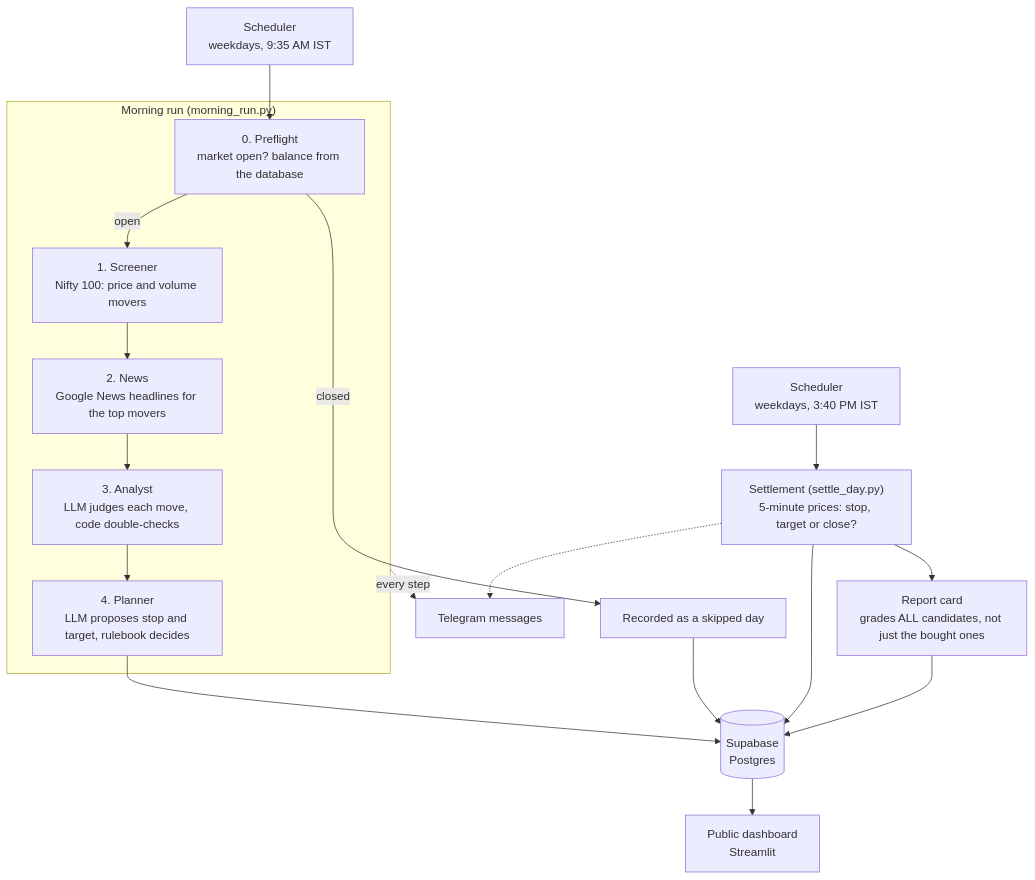
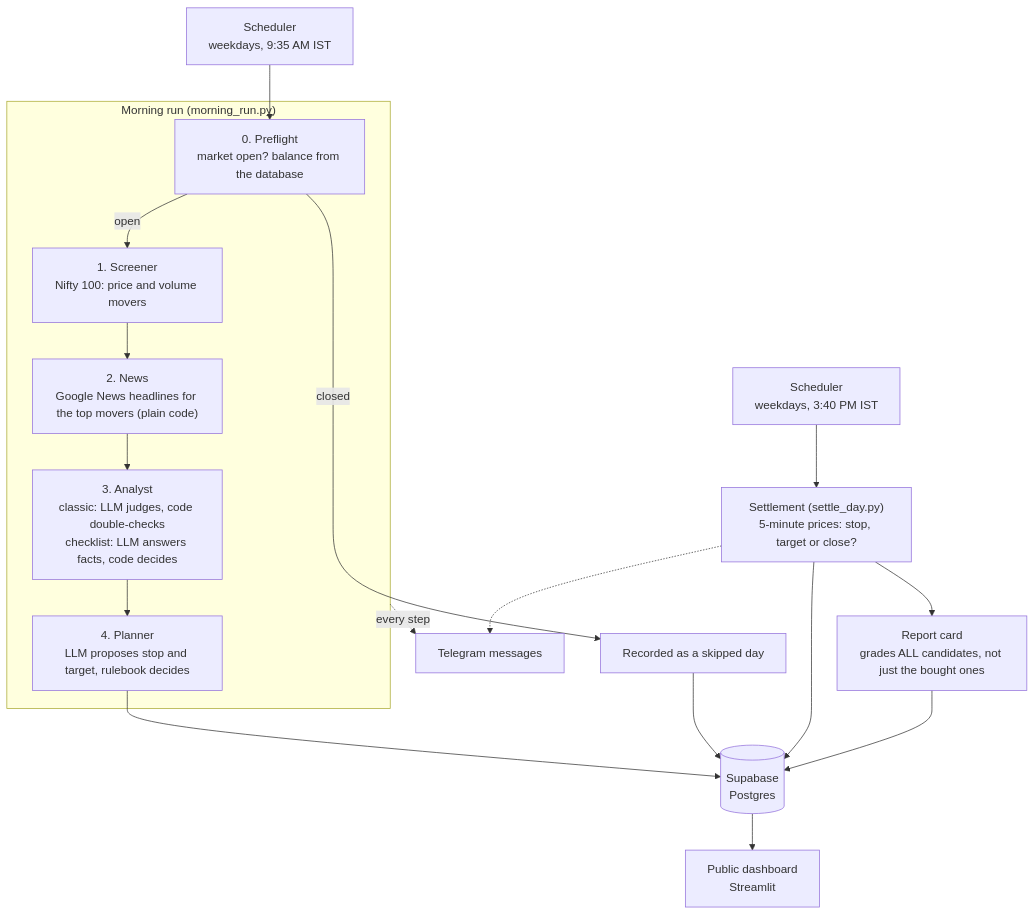
Before and after one commit to beepd/langraph_day_trader: the diagram in README.md, drawn with Mermaid. The commit also changed other lines of this file, not shown here.

Commit message:
update README to clarify analyst functionality; differentiate between classic and checklist modes for LLM decision-making

````diff
--- a/README.md
+++ b/README.md
@@ -48,20 +48,20 @@
 ```mermaid
 flowchart TD
     S["Scheduler<br/>weekdays, 9:35 AM IST"] --> P0
     subgraph MORNING["Morning run (morning_run.py)"]
         P0["0. Preflight<br/>market open? balance from the database"] -->|open| P1["1. Screener<br/>Nifty 100: price and volume movers"]
-        P1 --> P2["2. News<br/>Google News headlines for the top movers"]
-        P2 --> P3["3. Analyst<br/>LLM judges each move, code double-checks"]
+        P1 --> P2["2. News<br/>Google News headlines for the top movers (plain code)"]
+        P2 --> P3["3. Analyst<br/>classic: LLM judges, code double-checks<br/>checklist: LLM answers facts, code decides"]
         P3 --> P4["4. Planner<br/>LLM proposes stop and target, rulebook decides"]
     end
     P0 -->|closed| SKIP["Recorded as a skipped day"]
     P4 --> DB[("Supabase<br/>Postgres")]
     SKIP --> DB
     S2["Scheduler<br/>weekdays, 3:40 PM IST"] --> SET["Settlement (settle_day.py)<br/>5-minute prices: stop, target or close?"]
     SET --> RC["Report card<br/>grades ALL candidates, not just the bought ones"]
     SET --> DB
     RC --> DB
     DB --> DASH["Public dashboard<br/>Streamlit"]
     MORNING -. every step .-> TG["Telegram messages"]
     SET -.-> TG
 ```
````
